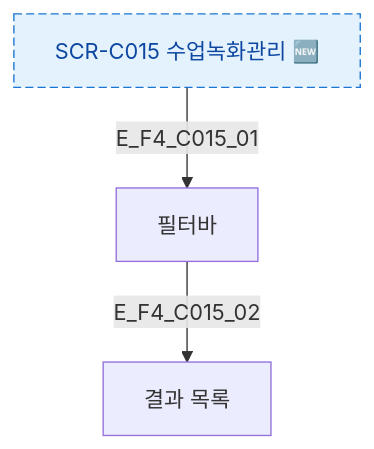
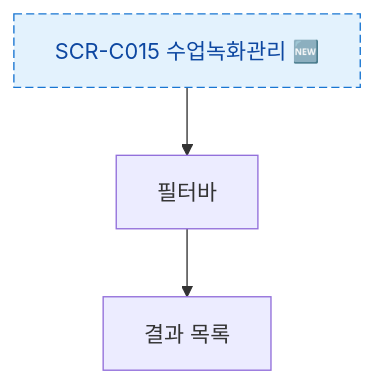
The diagram in docs/다이어그램/D04_수업관리/SCR-C015_수업녹화관리/F4_필터검색.md (dev-spogym/admin-pando), drawn with Mermaid before and after one commit. The commit also changed other lines of this file and 1660 other files, not shown here.

First line of the commit message:
다이어그램: 기획자/클라이언트 납품본으로 정리

````diff
--- a/docs/다이어그램/D04_수업관리/SCR-C015_수업녹화관리/F4_필터검색.md
+++ b/docs/다이어그램/D04_수업관리/SCR-C015_수업녹화관리/F4_필터검색.md
@@ -20,10 +18,10 @@
 ```mermaid
 flowchart TD
   SCR_NODE[SCR-C015 수업녹화관리 🆕]
-  SCR_NODE -->|E_F4_C015_01| FilterBar[필터바]
-  FilterBar -->|E_F4_C015_02| Result[결과 목록]
+  SCR_NODE --> FilterBar[필터바]
+  FilterBar --> Result[결과 목록]
   classDef screen fill:#E3F2FD,stroke:#1976D2,color:#0D47A1
   classDef newFeature fill:#F3E5F5,stroke:#7B1FA2,color:#4A148C,stroke-dasharray:6 3
   class SCR_NODE newFeature
   class SCR_NODE screen
 ```
````
